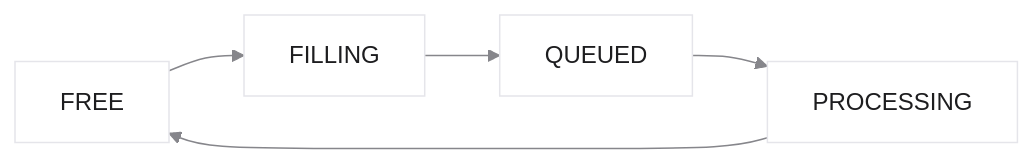
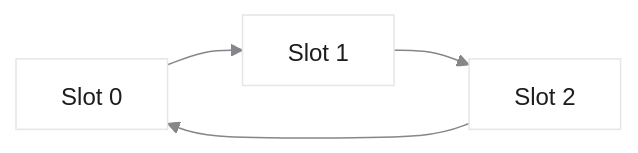
Before and after one commit to dantschi/echtzeitsysteme: the second of 6 diagrams in vorlesungen/05_inter-task-kommunikation.qmd, drawn with Mermaid. The commit also changed other lines of this file and 5 other files, not shown here.

````diff
--- a/vorlesungen/05_inter-task-kommunikation.qmd
+++ b/vorlesungen/05_inter-task-kommunikation.qmd
@@ -492,9 +145,8 @@
 ```{mermaid}
-%%| fig-width: 5.6
-%%{init: {'theme': 'base', 'themeVariables': {'background': '#FFFFFF', 'primaryColor': '#FFFFFF', 'primaryBorderColor': '#E5E5EA', 'primaryTextColor': '#1D1D1F', 'lineColor': '#86868B'}}}%%
+%%| fig-width: 5.4
+%%{init: {'theme': 'base', 'htmlLabels': false, 'flowchart': {'htmlLabels': false}, 'themeVariables': {'background': '#FFFFFF', 'primaryColor': '#FFFFFF', 'primaryBorderColor': '#E5E5EA', 'primaryTextColor': '#1D1D1F', 'lineColor': '#86868B'}}}%%
 flowchart LR
-  FREE[FREE] --> FILL[FILLING]
-  FILL --> QUEUED[QUEUED]
-  QUEUED --> PROC[PROCESSING]
-  PROC --> FREE
+  S0[Slot 0] --> S1[Slot 1]
+  S1 --> S2[Slot 2]
+  S2 --> S0
 ```
````
